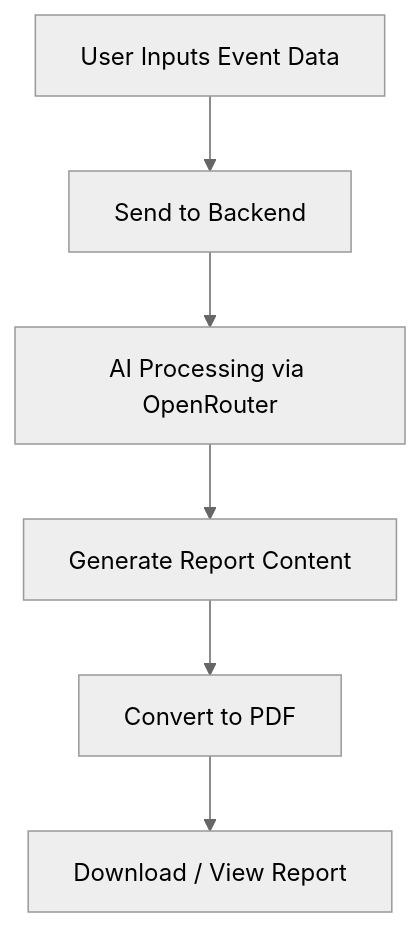
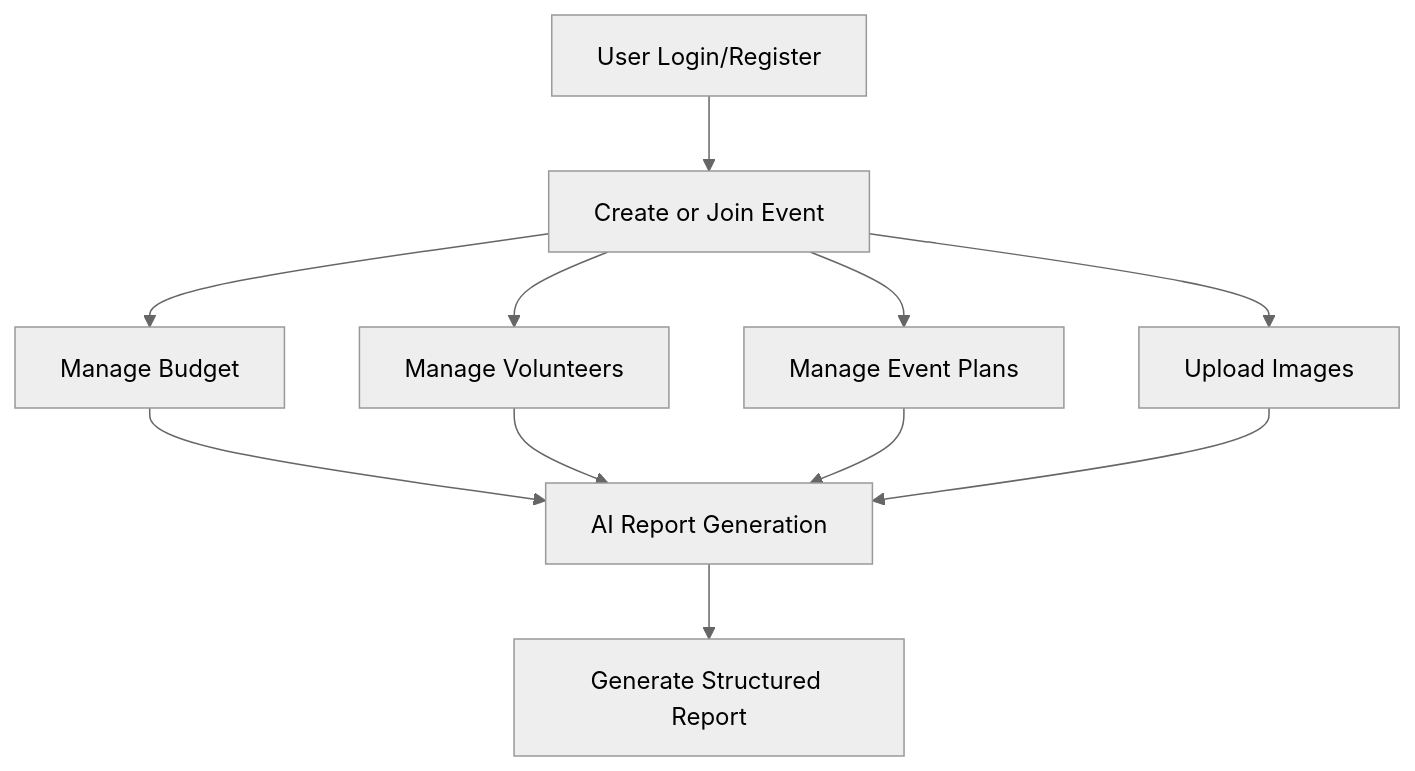
The first of 3 diagrams in README.md (piyush112007/Intellivent), drawn with Mermaid (neutral theme) before and after one commit. The commit also changed other lines of this file, not shown here.

````diff
--- a/README.md
+++ b/README.md
@@ -119,8 +166,18 @@
 ```mermaid
 graph TD
-A[User Inputs Event Data] --> B[Send to Backend]
-B --> C[AI Processing via OpenRouter]
-C --> D[Generate Report Content]
-D --> E[Convert to PDF]
-E --> F[Download / View Report]
+
+A[User Login/Register]
+--> B[Create or Join Event]
+
+B --> C[Manage Budget]
+B --> D[Manage Volunteers]
+B --> E[Manage Event Plans]
+B --> F[Upload Images]
+
+C --> G[AI Report Generation]
+D --> G
+E --> G
+F --> G
+
+G --> H[Generate Structured Report]
 ```
````
